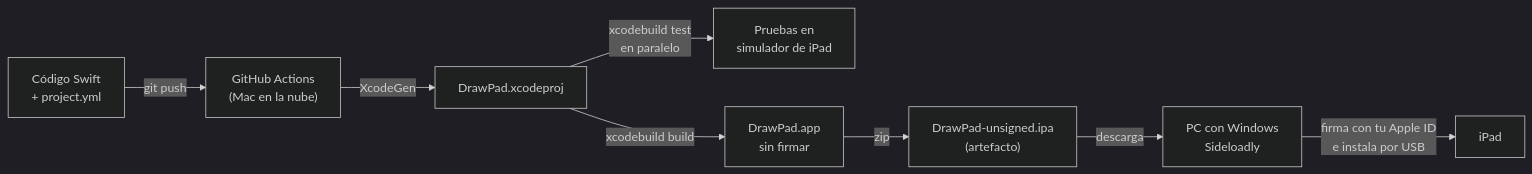
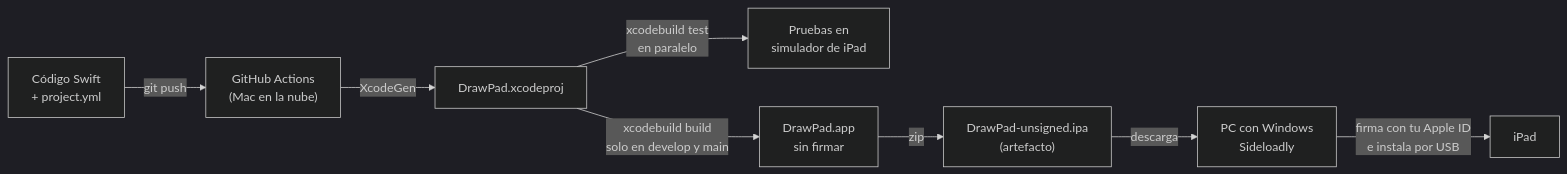
The first of 3 diagrams in docs/compilacion-e-instalacion.md (jhonjairo6230/DrawPad), drawn with Mermaid (dark theme) before and after one commit. The commit also changed other lines of this file and 6 other files, not shown here.

First line of the commit message:
Generar el .ipa solo al fusionar en develop o main

````diff
--- a/docs/compilacion-e-instalacion.md
+++ b/docs/compilacion-e-instalacion.md
@@ -9,10 +9,10 @@
 ```mermaid
 flowchart LR
     A["Código Swift<br/>+ project.yml"] -->|git push| B["GitHub Actions<br/>(Mac en la nube)"]
     B -->|XcodeGen| C["DrawPad.xcodeproj"]
     C -->|xcodebuild test<br/>en paralelo| D["Pruebas en<br/>simulador de iPad"]
-    C -->|xcodebuild build| E["DrawPad.app<br/>sin firmar"]
+    C -->|xcodebuild build<br/>solo en develop y main| E["DrawPad.app<br/>sin firmar"]
     E -->|zip| F["DrawPad-unsigned.ipa<br/>(artefacto)"]
     F -->|descarga| G["PC con Windows<br/>Sideloadly"]
     G -->|firma con tu Apple ID<br/>e instala por USB| H["iPad"]
 ```
````
